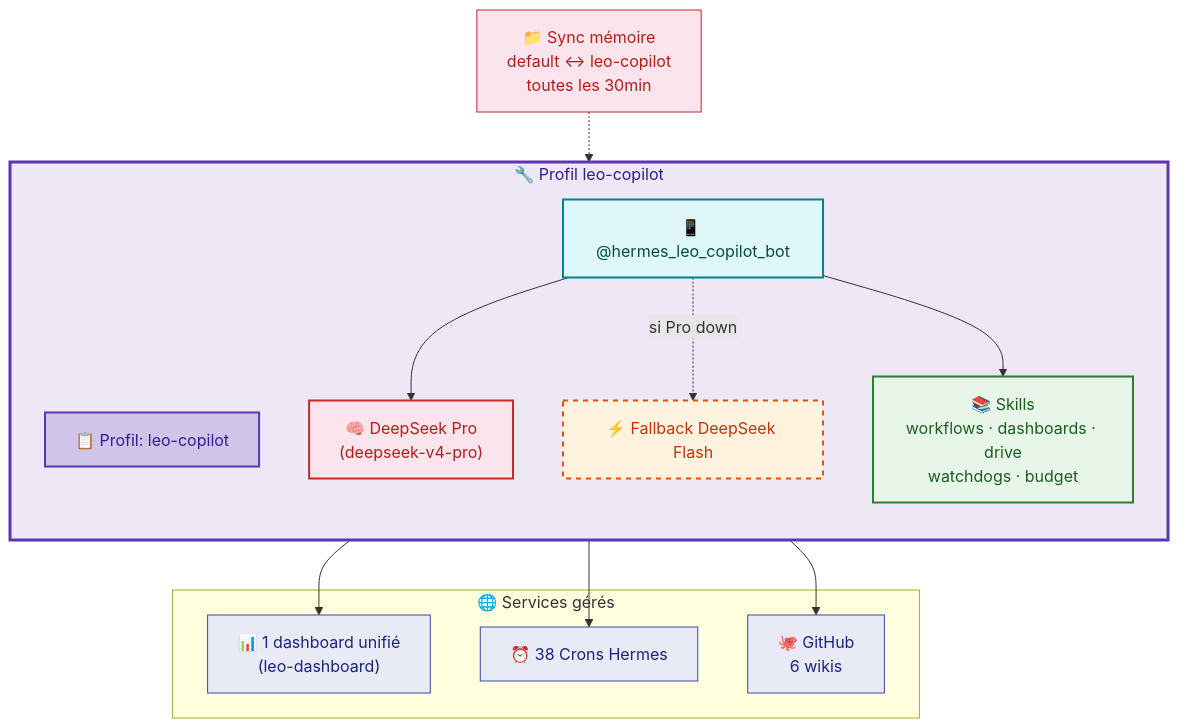
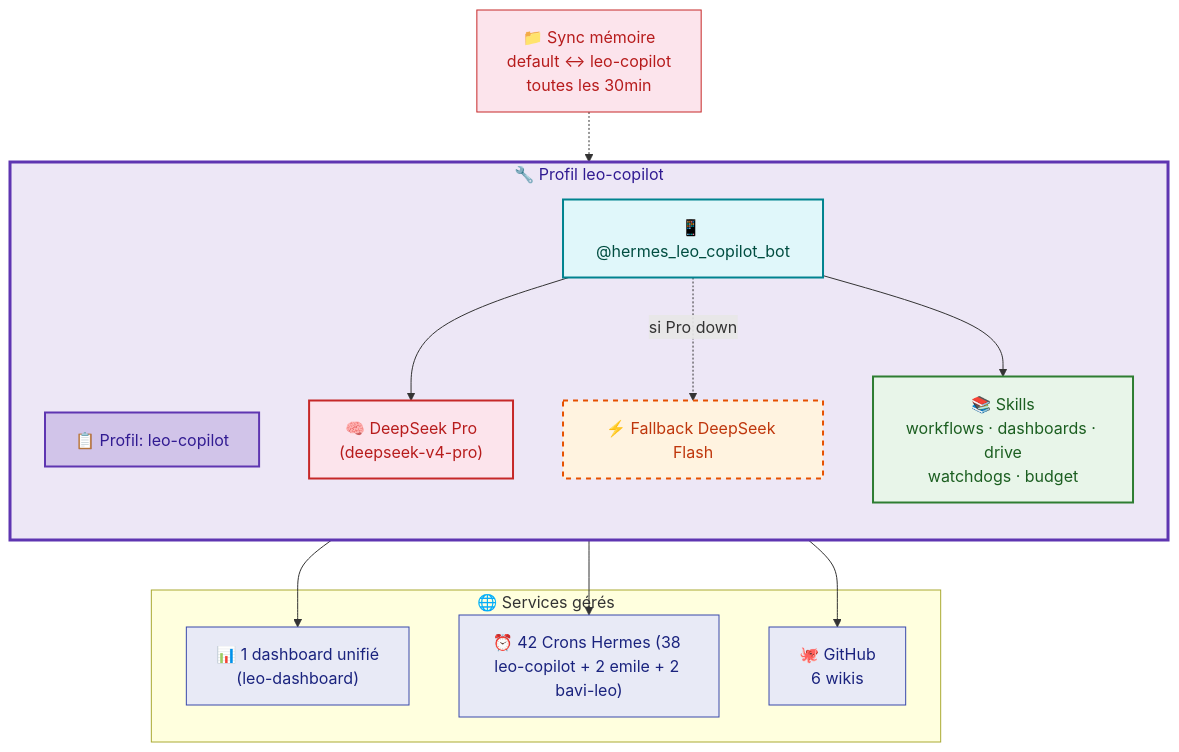
The third of 5 diagrams in docs/hermes/architecture-communication.md (christophedanhier-hash/hermes-wiki), drawn with Mermaid before and after one commit. The commit also changed other lines of this file and 4 other files, not shown here.

````diff
--- a/docs/hermes/architecture-communication.md
+++ b/docs/hermes/architecture-communication.md
@@ -135,39 +135,39 @@
 ```mermaid
 flowchart TB
     subgraph COPILOT["🔧 Profil leo-copilot"]
         direction TB
         P1["📋 Profil: leo-copilot"]
         B1["📱 @hermes_leo_copilot_bot"]
         M1["🧠 DeepSeek Pro<br/>(deepseek-v4-pro)"]
         F1["⚡ Fallback DeepSeek Flash"]
         SKILLS["📚 Skills<br/>workflows · dashboards · drive<br/>watchdogs · budget"]
     end
 
     subgraph EXTERNE["🌐 Services gérés"]
         DASH["📊 1 dashboard unifié<br/>(leo-dashboard)"]
-        CRONS["⏰ 38 Crons Hermes"]
+        CRONS["⏰ 42 Crons Hermes (38 leo-copilot + 2 emile + 2 bavi-leo)"]
         GH["🐙 GitHub<br/>6 wikis"]
     end
 
     MEM["📁 Sync mémoire<br/>default ↔ leo-copilot<br/>toutes les 30min"]
 
     B1 --> M1
     B1 -.->|"si Pro down"| F1
     B1 --> SKILLS
     MEM -.-> P1
 
     SKILLS --> DASH
     SKILLS --> CRONS
     SKILLS --> GH
 
     style COPILOT fill:#ede7f6,stroke:#5e35b1,stroke-width:3px,color:#311b92
     style P1 fill:#d1c4e9,stroke:#5e35b1,stroke-width:2px,color:#311b92
     style B1 fill:#e0f7fa,stroke:#00838f,stroke-width:2px,color:#004d40
     style M1 fill:#fce4ec,stroke:#c62828,stroke-width:2px,color:#b71c1c
     style F1 fill:#fff3e0,stroke:#e65100,stroke-width:2px,stroke-dasharray:5,color:#bf360c
     style SKILLS fill:#e8f5e9,stroke:#2e7d32,stroke-width:2px,color:#1b5e20
     style MEM fill:#fce4ec,stroke:#c62828,color:#b71c1c
     style DASH fill:#e8eaf6,stroke:#3949ab,color:#1a237e
     style CRONS fill:#e8eaf6,stroke:#3949ab,color:#1a237e
     style GH fill:#e8eaf6,stroke:#3949ab,color:#1a237e
 ```
````
